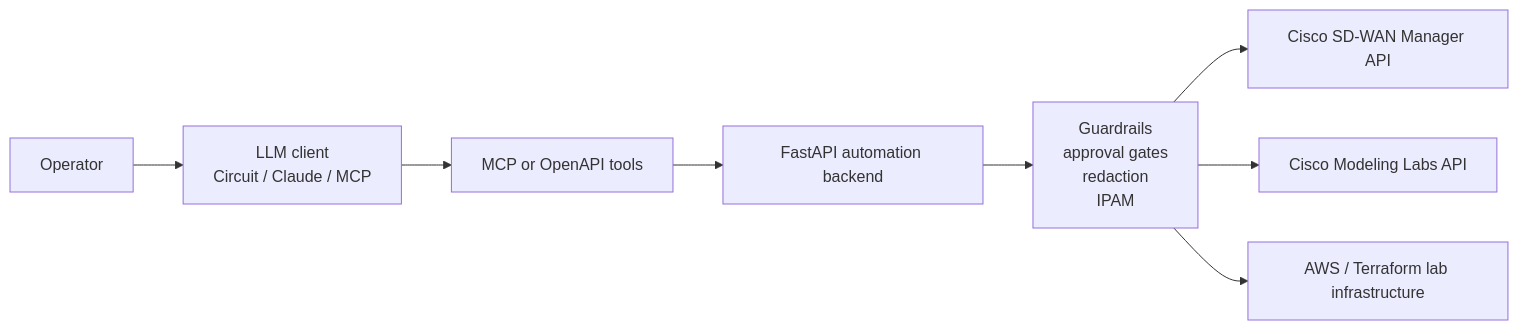
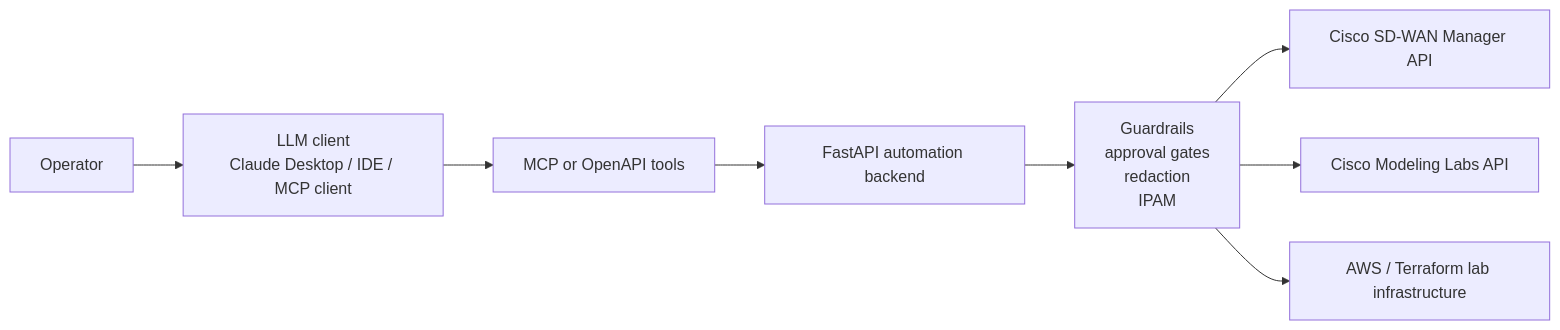
One commit to folk00/ai-sdwan-mcp-poc changed the first of 2 diagrams in README.md. Above: the diagram before and after it, drawn with Mermaid. The commit also changed other lines of this file and 1 other file, not shown here.

Commit message:
Generalize MCP client wording

````diff
--- a/README.md
+++ b/README.md
@@ -49,10 +49,10 @@
 ```mermaid
 flowchart LR
-    user["Operator"] --> llm["LLM client<br/>Circuit / Claude / MCP"]
+    user["Operator"] --> llm["LLM client<br/>Claude Desktop / IDE / MCP client"]
     llm --> tools["MCP or OpenAPI tools"]
     tools --> api["FastAPI automation backend"]
     api --> policy["Guardrails<br/>approval gates<br/>redaction<br/>IPAM"]
     policy --> sdwan["Cisco SD-WAN Manager API"]
     policy --> cml["Cisco Modeling Labs API"]
     policy --> aws["AWS / Terraform lab infrastructure"]
 ```
````
